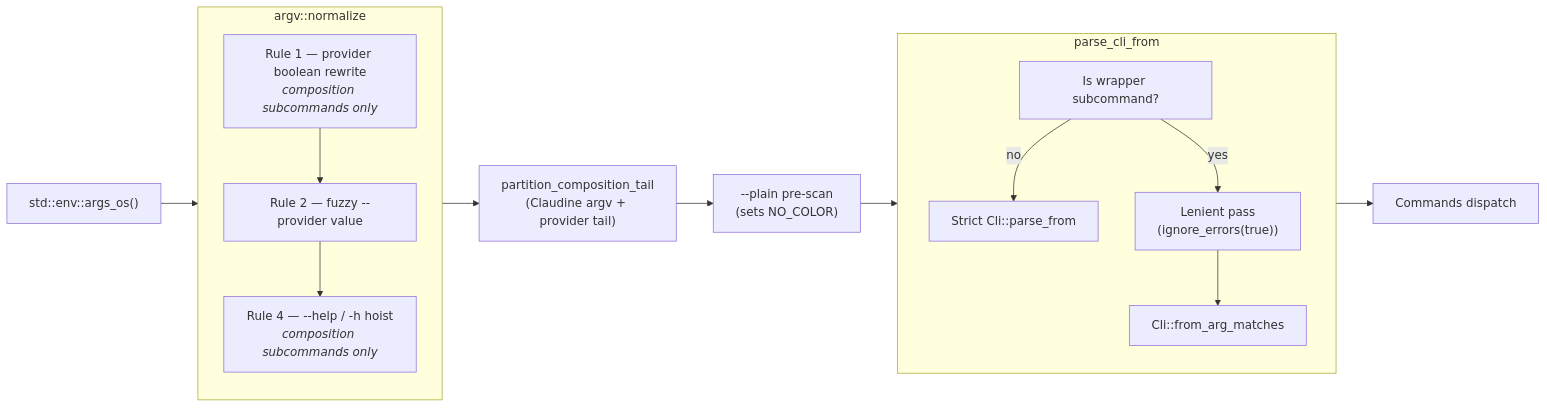
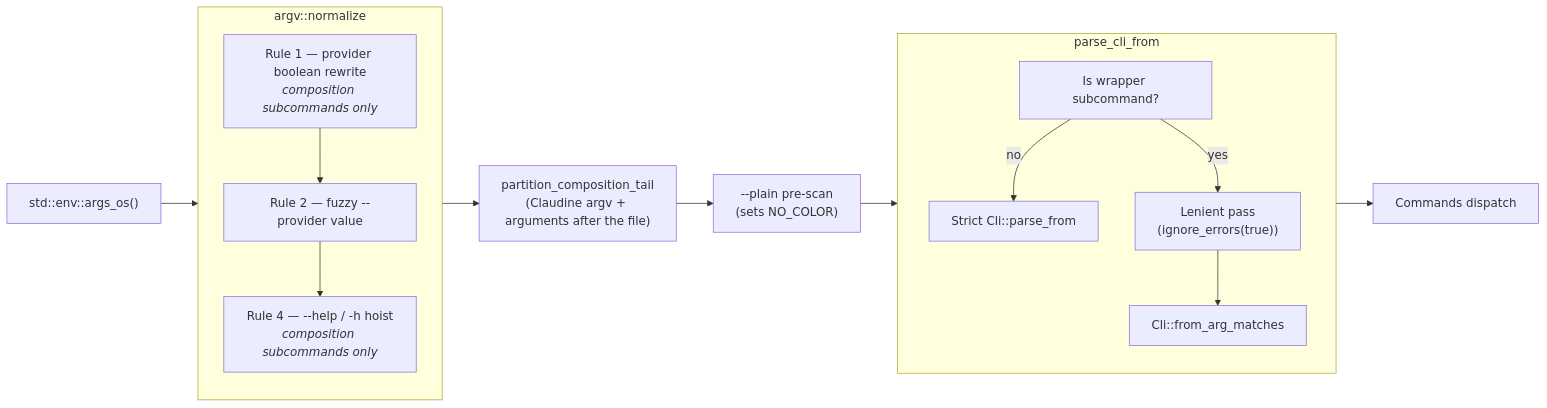
Before and after one commit to yankeeinlondon/rusty-biscuit: the diagram in claudine/docs/topics/cli-pre-parsing.md, drawn with Mermaid. The commit also changed other lines of this file and 6 other files, not shown here.

````diff
--- a/claudine/docs/topics/cli-pre-parsing.md
+++ b/claudine/docs/topics/cli-pre-parsing.md
@@ -23,24 +23,24 @@
 ```mermaid
 flowchart LR
     A["std::env::args_os()"] --> B["argv::normalize"]
     subgraph B["argv::normalize"]
         direction TB
         R1["Rule 1 — provider boolean rewrite<br/><i>composition subcommands only</i>"]
         R2["Rule 2 — fuzzy --provider value"]
         R4["Rule 4 — --help / -h hoist<br/><i>composition subcommands only</i>"]
         R1 --> R2 --> R4
     end
-    B --> PP["partition_composition_tail<br/>(Claudine argv + provider tail)"]
+    B --> PP["partition_composition_tail<br/>(Claudine argv + arguments after the file)"]
     PP --> C["--plain pre-scan<br/>(sets NO_COLOR)"]
     C --> D["parse_cli_from"]
     subgraph D["parse_cli_from"]
         direction TB
         D1["Is wrapper subcommand?"]
         D2["Strict Cli::parse_from"]
         D3["Lenient pass<br/>(ignore_errors(true))"]
         D4["Cli::from_arg_matches"]
         D1 -- "no" --> D2
         D1 -- "yes" --> D3 --> D4
     end
     D --> E["Commands dispatch"]
 ```
````
